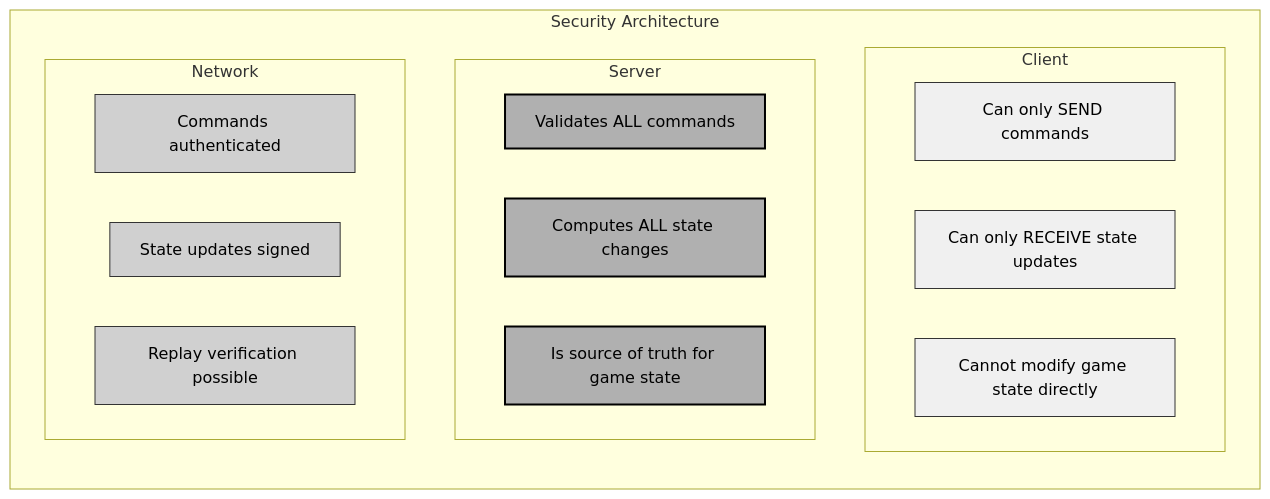
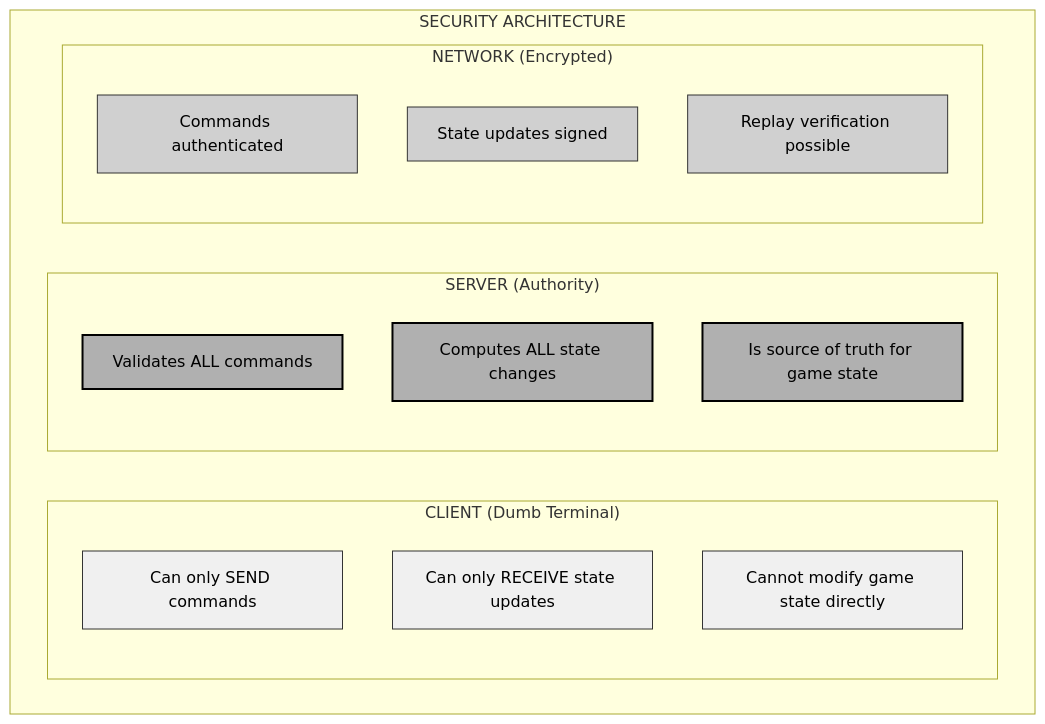
The first of 7 diagrams in chapter_15_multiplayer.md (jukofyork/close-combat-architecture-study), drawn with Mermaid before and after one commit. The commit also changed other lines of this file and 8 other files, not shown here.

````diff
--- a/chapter_15_multiplayer.md
+++ b/chapter_15_multiplayer.md
@@ -122,33 +122,32 @@
 ```mermaid
 flowchart TB
     classDef default fill:#fff,stroke:#000,stroke-width:1px,color:#000
     classDef light fill:#f0f0f0,stroke:#333,stroke-width:1px,color:#000
     classDef medium fill:#d0d0d0,stroke:#333,stroke-width:1px,color:#000
     classDef dark fill:#b0b0b0,stroke:#000,stroke-width:2px,color:#000
 
-    subgraph Security["Security Architecture"]
-        direction TB
+    subgraph Security["SECURITY ARCHITECTURE"]
 
-        subgraph Client["Client"]
+        subgraph Client["CLIENT (Dumb Terminal)"]
             C1["Can only SEND commands"]
             C2["Can only RECEIVE state updates"]
             C3["Cannot modify game state directly"]
         end
 
-        subgraph Server["Server"]
+        subgraph Server["SERVER (Authority)"]
             S1["Validates ALL commands"]
             S2["Computes ALL state changes"]
             S3["Is source of truth for game state"]
         end
 
-        subgraph Network["Network"]
+        subgraph Network["NETWORK (Encrypted)"]
             N1["Commands authenticated"]
             N2["State updates signed"]
             N3["Replay verification possible"]
         end
     end
 
     class C1,C2,C3 light
     class S1,S2,S3 dark
     class N1,N2,N3 medium
 ```
````
